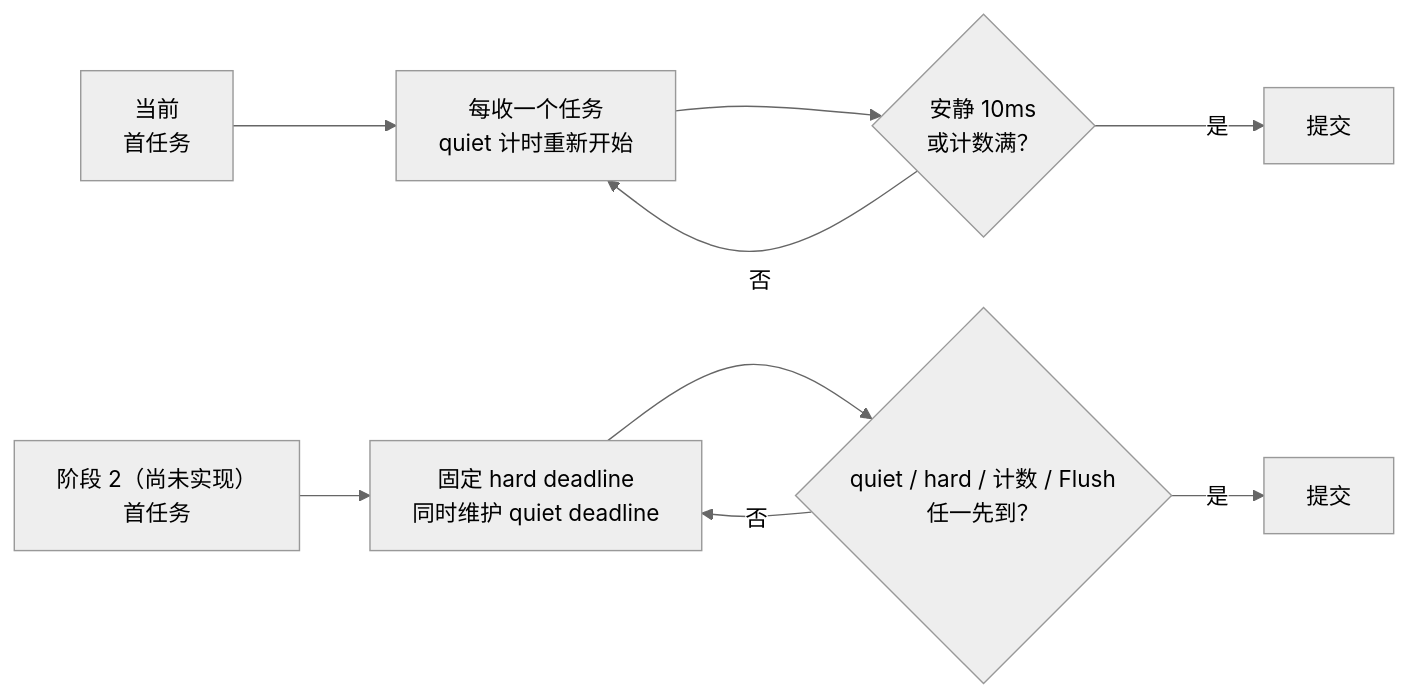
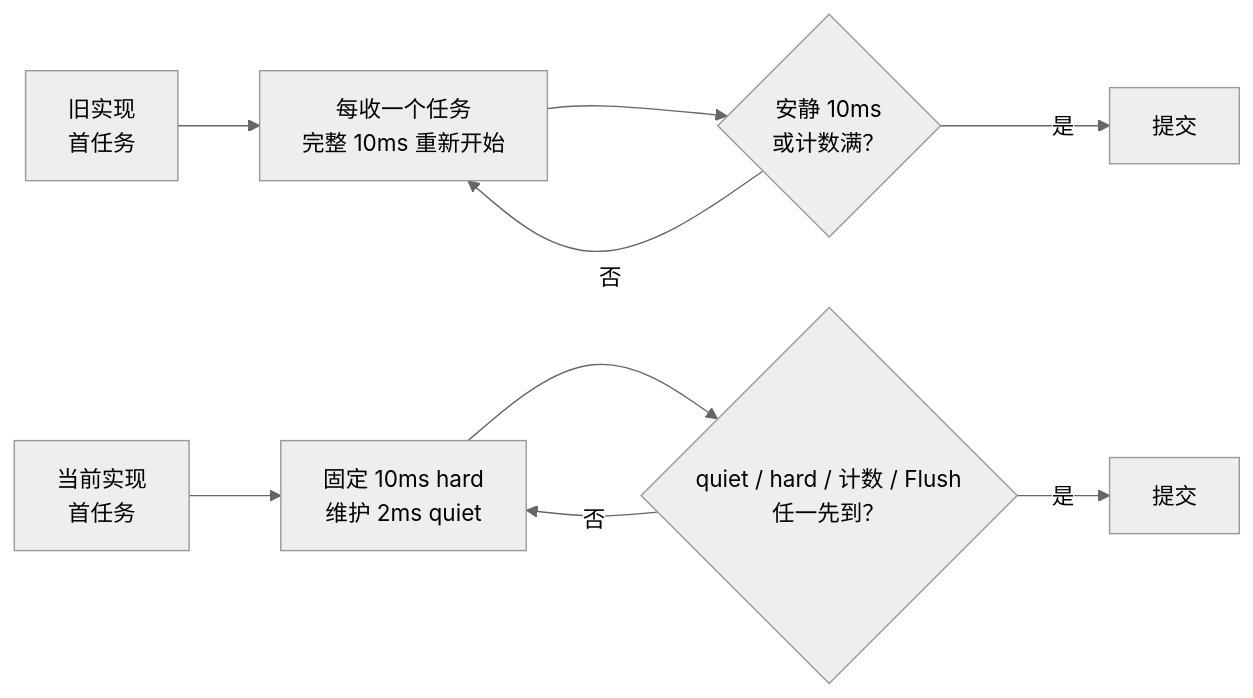
One commit to MRiecy/VCPMobile changed the eighth of 8 diagrams in docs/modules/14_Persistence领域总览.md. Above: the diagram before and after it, drawn with Mermaid (neutral theme). The commit also changed other lines of this file and 3 other files, not shown here.

````diff
--- a/docs/modules/14_Persistence领域总览.md
+++ b/docs/modules/14_Persistence领域总览.md
@@ -601,12 +600,12 @@
 ```mermaid
 flowchart LR
-    A["当前<br/>首任务"] --> B["每收一个任务<br/>quiet 计时重新开始"]
+    A["旧实现<br/>首任务"] --> B["每收一个任务<br/>完整 10ms 重新开始"]
     B --> C{"安静 10ms<br/>或计数满？"}
     C -- "否" --> B
     C -- "是" --> D["提交"]
 
-    E["阶段 2（尚未实现）<br/>首任务"] --> F["固定 hard deadline<br/>同时维护 quiet deadline"]
+    E["当前实现<br/>首任务"] --> F["固定 10ms hard<br/>维护 2ms quiet"]
     F --> G{"quiet / hard / 计数 / Flush<br/>任一先到？"}
     G -- "否" --> F
     G -- "是" --> H["提交"]
 ```
````
